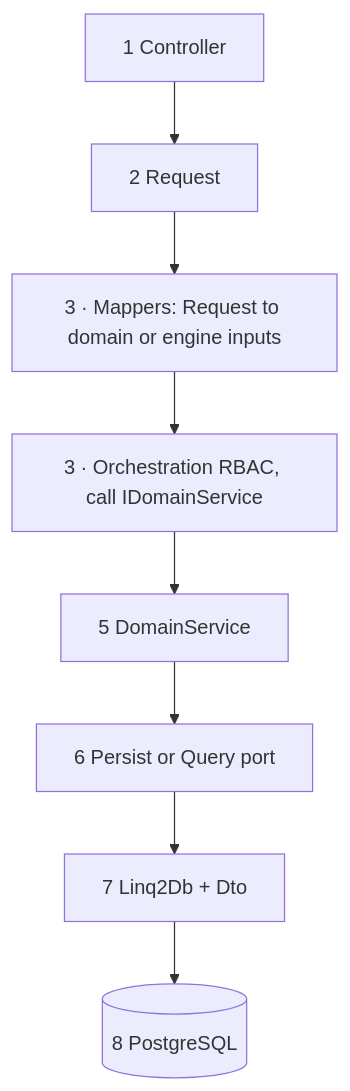
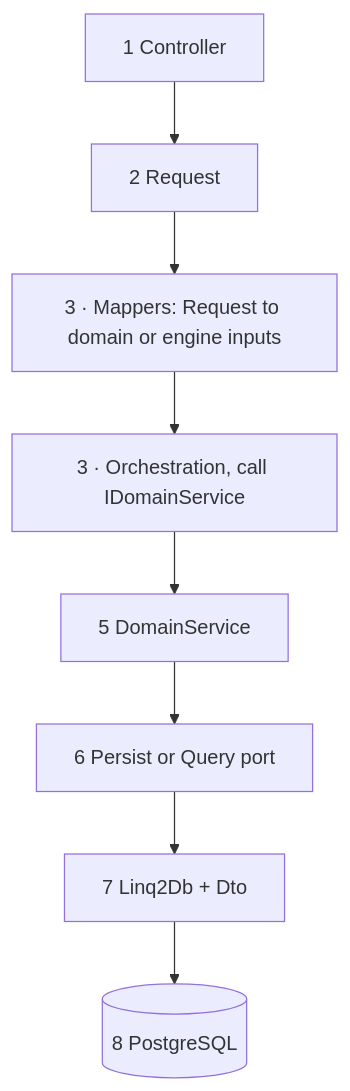
Before and after one commit to MAKS-IT-COM/maksit-certs-ui: the third of 4 diagrams in assets/docs/ARCHITECTURE_LAYERING.md, drawn with Mermaid. The commit also changed other lines of this file and 309 other files, not shown here.

Commit message:
(bugfix): full allignment to MaksIT.Vault architecture

````diff
--- a/assets/docs/ARCHITECTURE_LAYERING.md
+++ b/assets/docs/ARCHITECTURE_LAYERING.md
@@ -128,5 +128,5 @@
 ```mermaid
 %% Query Pattern A outbound
 flowchart TB
-  a1["1 Controller"] --> a2["2 Request"] --> a_map["3 · Mappers: Request to domain or engine inputs"] --> a_orch["3 · Orchestration RBAC, call IDomainService"] --> a5["5 DomainService"] --> a6["6 Persist or Query port"] --> a7["7 Linq2Db + Dto"] --> a8[(8 PostgreSQL)]
+  a1["1 Controller"] --> a2["2 Request"] --> a_map["3 · Mappers: Request to domain or engine inputs"] --> a_orch["3 · Orchestration, call IDomainService"] --> a5["5 DomainService"] --> a6["6 Persist or Query port"] --> a7["7 Linq2Db + Dto"] --> a8[(8 PostgreSQL)]
 ```
````
